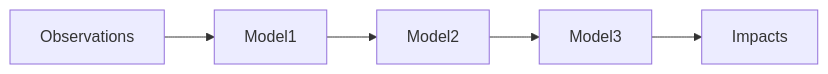
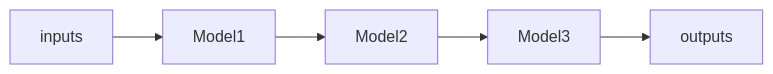
The diagram in website/docs/04-specification/Model Pipeline.md (Green-Software-Foundation/if), drawn with Mermaid before and after one commit. The commit also changed other lines of this file and 15 other files, not shown here.

````diff
--- a/website/docs/04-specification/Model Pipeline.md
+++ b/website/docs/04-specification/Model Pipeline.md
@@ -21,4 +21,4 @@
 ```mermaid 
 flowchart LR
-Observations --> Model1 --> Model2 --> Model3 --> Impacts
+inputs --> Model1 --> Model2 --> Model3 --> outputs
 ```
````
